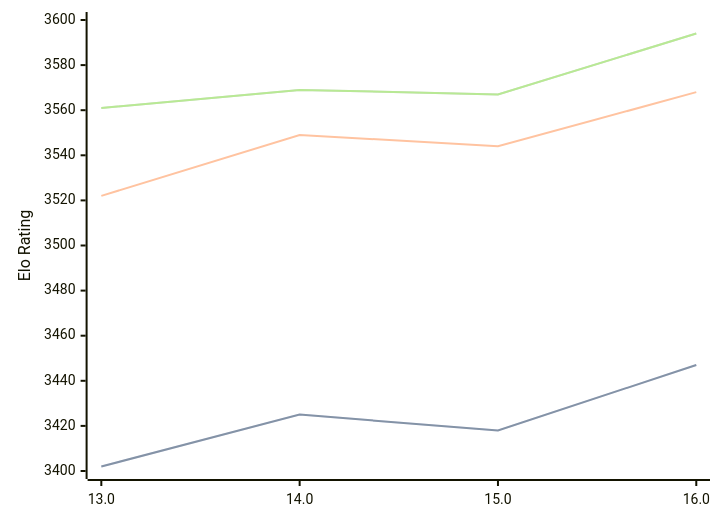
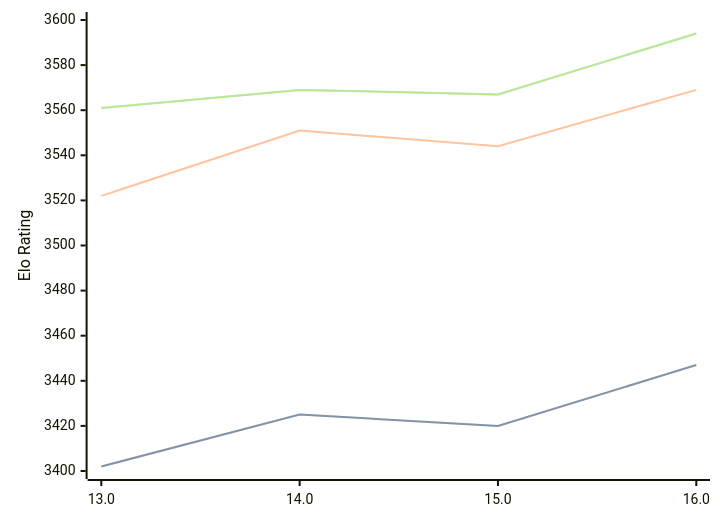
The diagram in engines/Obsidian.md (computer-chess-index/cci), drawn with Mermaid before and after one commit. The commit also changed other lines of this file, not shown here.

````diff
--- a/engines/Obsidian.md
+++ b/engines/Obsidian.md
@@ -34,11 +34,11 @@
 ```mermaid
 %%{init: {"theme":"base","themeVariables":{"seriesColors:['#a3a3a3','#222221','#faa371']}}}%%
 xychart-beta
   x-axis ["13.0", "14.0", "15.0", "16.0"]
   y-axis "Elo Rating" 3400 --> 3600
-  line "" [3402, 3425, 3418, 3447]
-  line "STC (8.0+0.08s)" [3402, 3425, 3418, 3447]
-  line "LTC (60.0+0.60s)" [3522, 3549, 3544, 3568]
+  line "" [3402, 3425, 3420, 3447]
+  line "STC (8.0+0.08s)" [3402, 3425, 3420, 3447]
+  line "LTC (60.0+0.60s)" [3522, 3551, 3544, 3569]
   line "" [3561, 3569, 3567, 3594]
   line "VLTC (2m24s+1.12s)" [3561, 3569, 3567, 3594]
 ```
````
